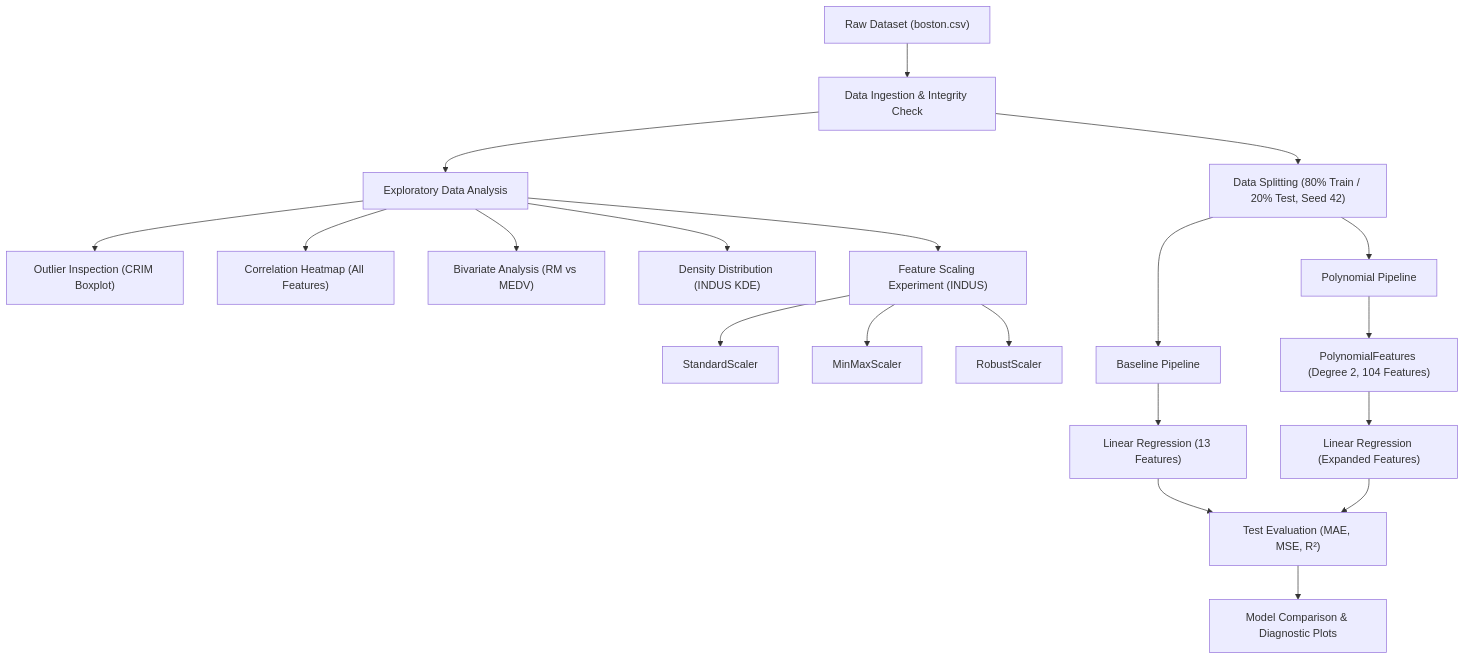
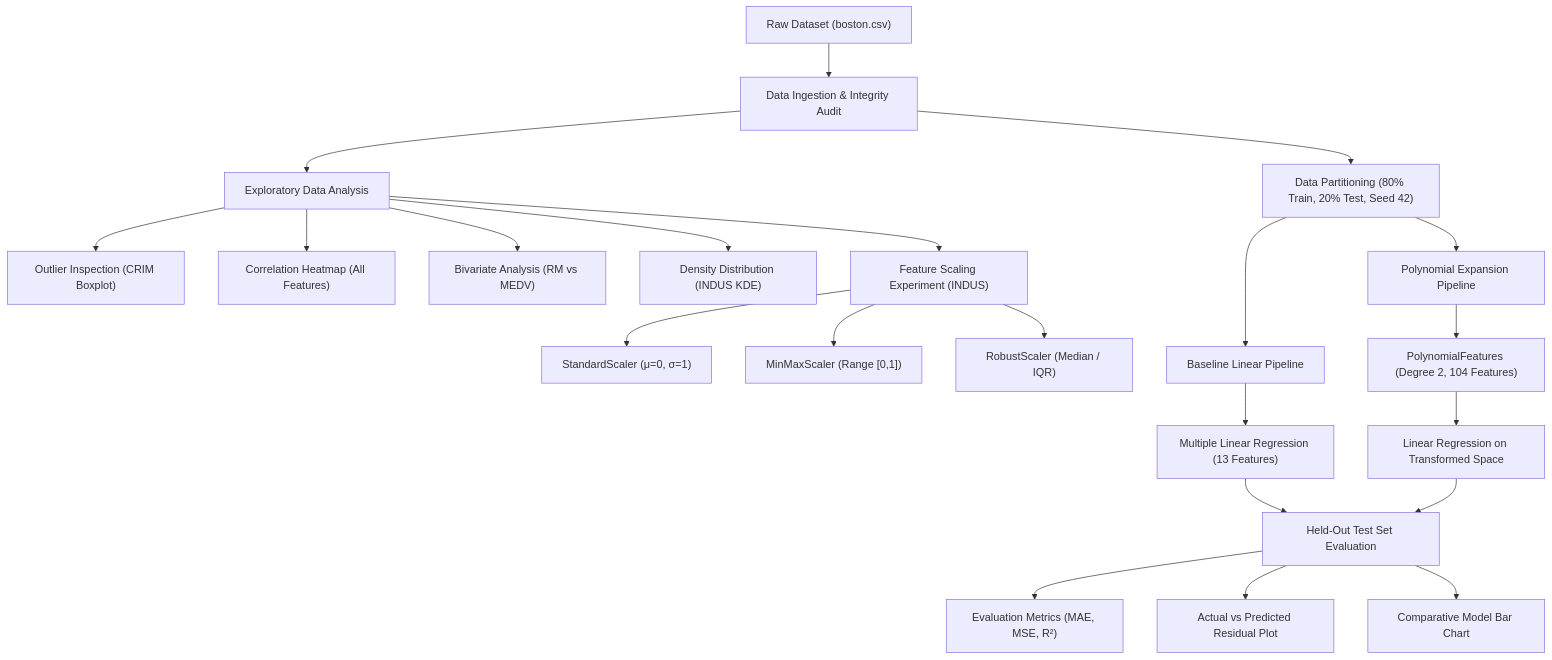
Before and after one commit to anirudhx07/Machine_Learning_LAB: the first of 2 diagrams in LAB 1/README.md, drawn with Mermaid. The commit also changed other lines of this file, not shown here.

````diff
--- a/LAB 1/README.md
+++ b/LAB 1/README.md
@@ -64,26 +146,28 @@
 ```mermaid
 flowchart TD
-    A["Raw Dataset (boston.csv)"] --> B["Data Ingestion & Integrity Check"]
+    A["Raw Dataset (boston.csv)"] --> B["Data Ingestion & Integrity Audit"]
     B --> C["Exploratory Data Analysis"]
     C --> C1["Outlier Inspection (CRIM Boxplot)"]
     C --> C2["Correlation Heatmap (All Features)"]
     C --> C3["Bivariate Analysis (RM vs MEDV)"]
     C --> C4["Density Distribution (INDUS KDE)"]
     
     C --> D["Feature Scaling Experiment (INDUS)"]
-    D --> D1["StandardScaler"]
-    D --> D2["MinMaxScaler"]
-    D --> D3["RobustScaler"]
+    D --> D1["StandardScaler (μ=0, σ=1)"]
+    D --> D2["MinMaxScaler (Range [0,1])"]
+    D --> D3["RobustScaler (Median / IQR)"]
     
-    B --> E["Data Splitting (80% Train / 20% Test, Seed 42)"]
-    E --> F1["Baseline Pipeline"]
-    E --> F2["Polynomial Pipeline"]
+    B --> E["Data Partitioning (80% Train, 20% Test, Seed 42)"]
+    E --> F1["Baseline Linear Pipeline"]
+    E --> F2["Polynomial Expansion Pipeline"]
     
-    F1 --> G1["Linear Regression (13 Features)"]
+    F1 --> G1["Multiple Linear Regression (13 Features)"]
     F2 --> G2["PolynomialFeatures (Degree 2, 104 Features)"]
-    G2 --> G3["Linear Regression (Expanded Features)"]
+    G2 --> G3["Linear Regression on Transformed Space"]
     
-    G1 --> H["Test Evaluation (MAE, MSE, R²)"]
+    G1 --> H["Held-Out Test Set Evaluation"]
     G3 --> H
-    H --> I["Model Comparison & Diagnostic Plots"]
+    H --> I1["Evaluation Metrics (MAE, MSE, R²)"]
+    H --> I2["Actual vs Predicted Residual Plot"]
+    H --> I3["Comparative Model Bar Chart"]
 ```
````
